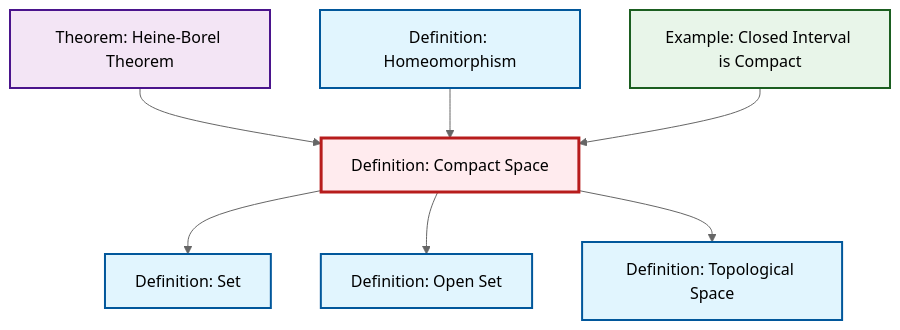
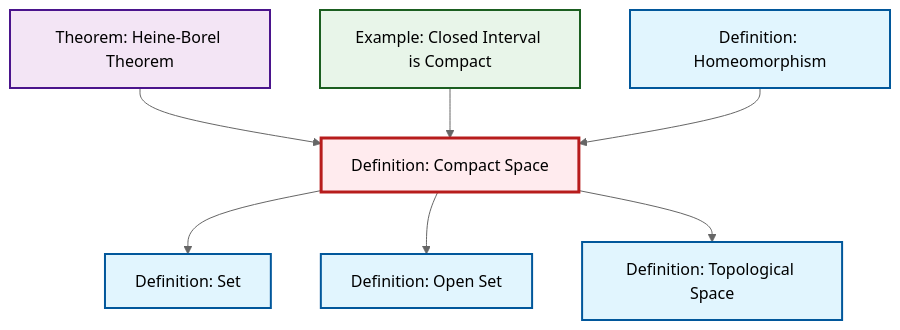
One commit to RK0429/ModernMath changed the diagram in content/en/topology/def-compact.qmd. Above: the diagram before and after it, drawn with Mermaid (neutral theme). The commit also changed other lines of this file and 581 other files, not shown here.

````diff
--- a/content/en/topology/def-compact.qmd
+++ b/content/en/topology/def-compact.qmd
@@ -48,29 +48,29 @@
 ```{mermaid}
 %%| fig-cap: "Local dependency graph"
 graph TD
     classDef definition fill:#e1f5fe,stroke:#01579b,stroke-width:2px
     classDef theorem fill:#f3e5f5,stroke:#4a148c,stroke-width:2px
     classDef axiom fill:#fff3e0,stroke:#e65100,stroke-width:2px
     classDef example fill:#e8f5e9,stroke:#1b5e20,stroke-width:2px
     classDef current fill:#ffebee,stroke:#b71c1c,stroke-width:3px
+    def-compact["Definition: Compact Space"]:::definition
     thm-heine-borel["Theorem: Heine-Borel Theorem"]:::theorem
-    def-compact["Definition: Compact Space"]:::definition
     def-open-set["Definition: Open Set"]:::definition
+    ex-closed-interval-compact["Example: Closed Interval is Compact"]:::example
     def-topological-space["Definition: Topological Space"]:::definition
+    def-homeomorphism["Definition: Homeomorphism"]:::definition
     def-set["Definition: Set"]:::definition
-    def-homeomorphism["Definition: Homeomorphism"]:::definition
-    ex-closed-interval-compact["Example: Closed Interval is Compact"]:::example
+    thm-heine-borel --> def-compact
+    ex-closed-interval-compact --> def-compact
     def-compact --> def-set
     def-compact --> def-open-set
-    thm-heine-borel --> def-compact
     def-homeomorphism --> def-compact
     def-compact --> def-topological-space
-    ex-closed-interval-compact --> def-compact
     class def-compact current
     click thm-heine-borel "thm-heine-borel.html" "Go to Heine-Borel Theorem theorem"
     click def-open-set "def-open-set.html" "Go to Open Set definition"
+    click ex-closed-interval-compact "ex-closed-interval-compact.html" "Go to Closed Interval is Compact example"
     click def-topological-space "def-topological-space.html" "Go to Topological Space definition"
+    click def-homeomorphism "def-homeomorphism.html" "Go to Homeomorphism definition"
     click def-set "def-set.html" "Go to Set definition"
-    click def-homeomorphism "def-homeomorphism.html" "Go to Homeomorphism definition"
-    click ex-closed-interval-compact "ex-closed-interval-compact.html" "Go to Closed Interval is Compact example"
 ```
````
